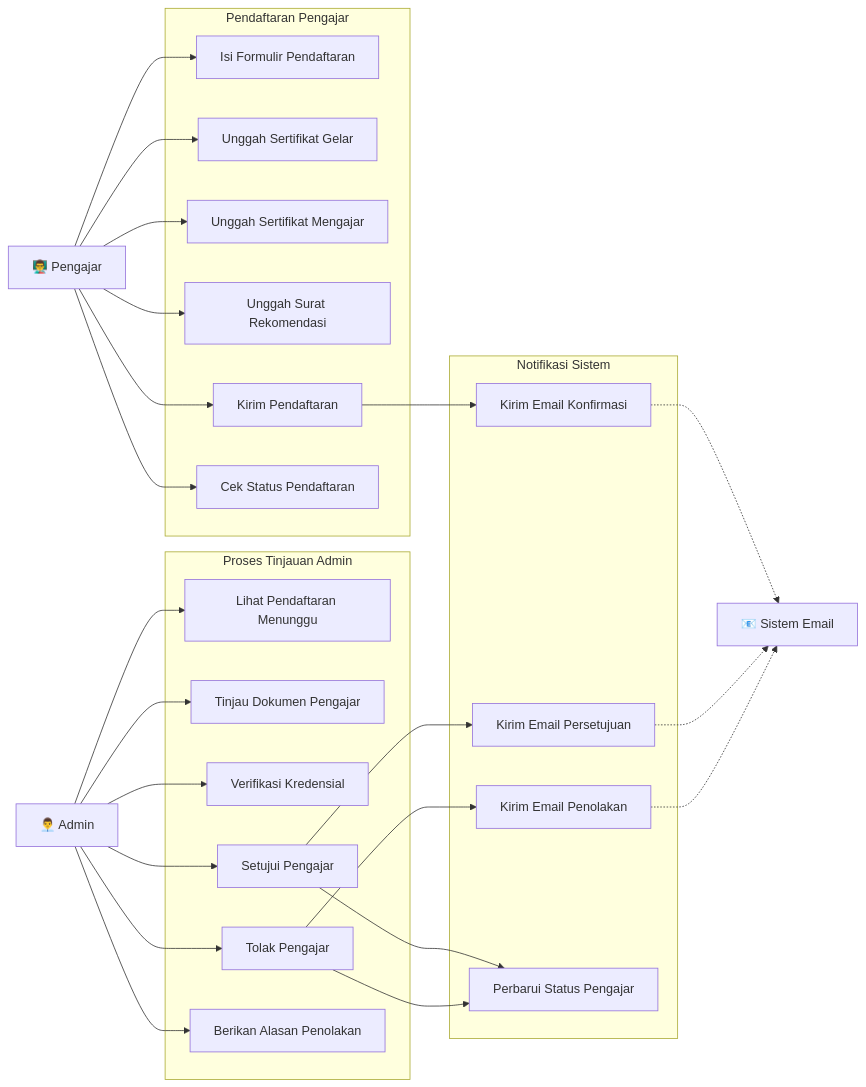
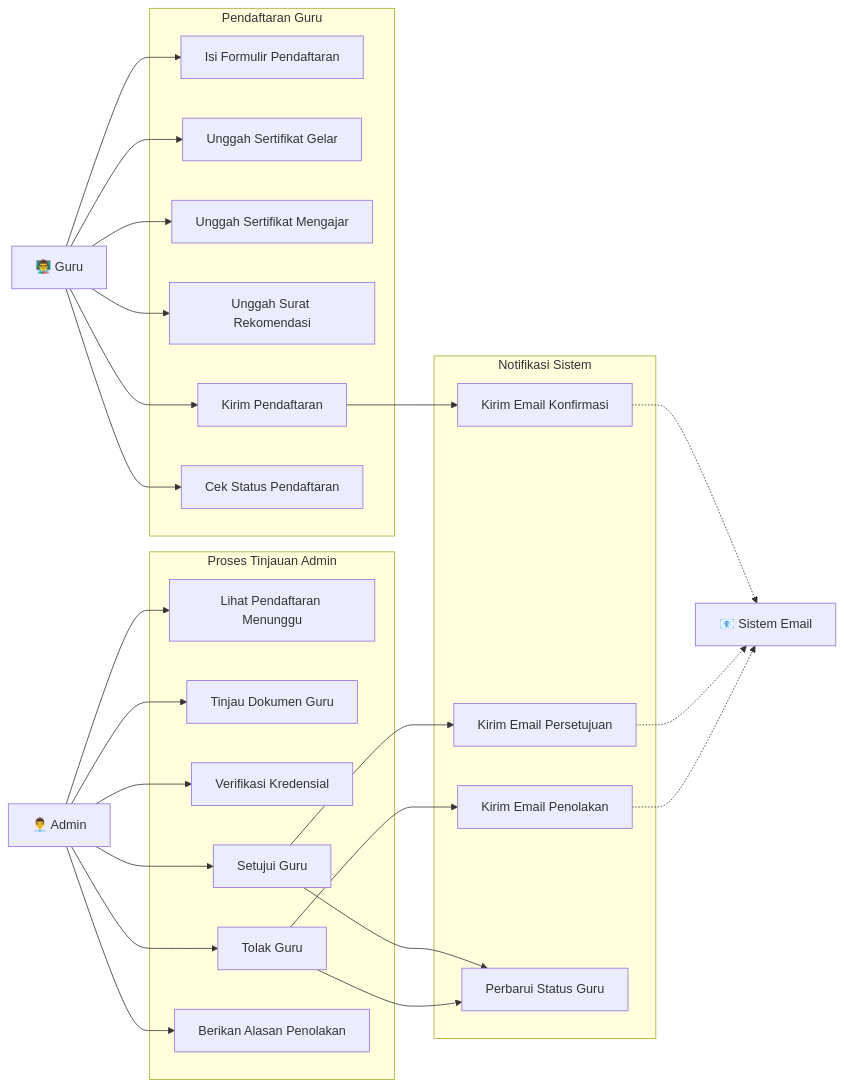
One commit to jonito2005/exam-expert-ai-docs changed the third of 8 diagrams in use-case-diagrams.md. Above: the diagram before and after it, drawn with Mermaid. The commit also changed other lines of this file and 4 other files, not shown here.

````diff
--- a/use-case-diagrams.md
+++ b/use-case-diagrams.md
@@ -123,60 +224,60 @@
 ```mermaid
 graph LR
     %% Aktor
-    Teacher[👨‍🏫 Pengajar]
+    Teacher[👨‍🏫 Guru]
     Admin[👨‍💼 Admin]
     EmailSys[📧 Sistem Email]
 
-    %% Proses Pendaftaran Pengajar
-    subgraph "Pendaftaran Pengajar"
+    %% Proses Pendaftaran Guru
+    subgraph "Pendaftaran Guru"
         TR1[Isi Formulir Pendaftaran]
         TR2[Unggah Sertifikat Gelar]
         TR3[Unggah Sertifikat Mengajar]
         TR4[Unggah Surat Rekomendasi]
         TR5[Kirim Pendaftaran]
         TR6[Cek Status Pendaftaran]
     end
 
     %% Proses Tinjauan Admin
     subgraph "Proses Tinjauan Admin"
         AR1[Lihat Pendaftaran Menunggu]
-        AR2[Tinjau Dokumen Pengajar]
+        AR2[Tinjau Dokumen Guru]
         AR3[Verifikasi Kredensial]
-        AR4[Setujui Pengajar]
-        AR5[Tolak Pengajar]
+        AR4[Setujui Guru]
+        AR5[Tolak Guru]
         AR6[Berikan Alasan Penolakan]
     end
 
     %% Proses Sistem
     subgraph "Notifikasi Sistem"
         SN1[Kirim Email Konfirmasi]
         SN2[Kirim Email Persetujuan]
         SN3[Kirim Email Penolakan]
-        SN4[Perbarui Status Pengajar]
+        SN4[Perbarui Status Guru]
     end
 
     %% Hubungan
     Teacher --> TR1
     Teacher --> TR2
     Teacher --> TR3
     Teacher --> TR4
     Teacher --> TR5
     Teacher --> TR6
 
     Admin --> AR1
     Admin --> AR2
     Admin --> AR3
     Admin --> AR4
     Admin --> AR5
     Admin --> AR6
 
     TR5 --> SN1
     AR4 --> SN2
     AR4 --> SN4
     AR5 --> SN3
     AR5 --> SN4
 
     SN1 -.-> EmailSys
     SN2 -.-> EmailSys
     SN3 -.-> EmailSys
 ```
````
